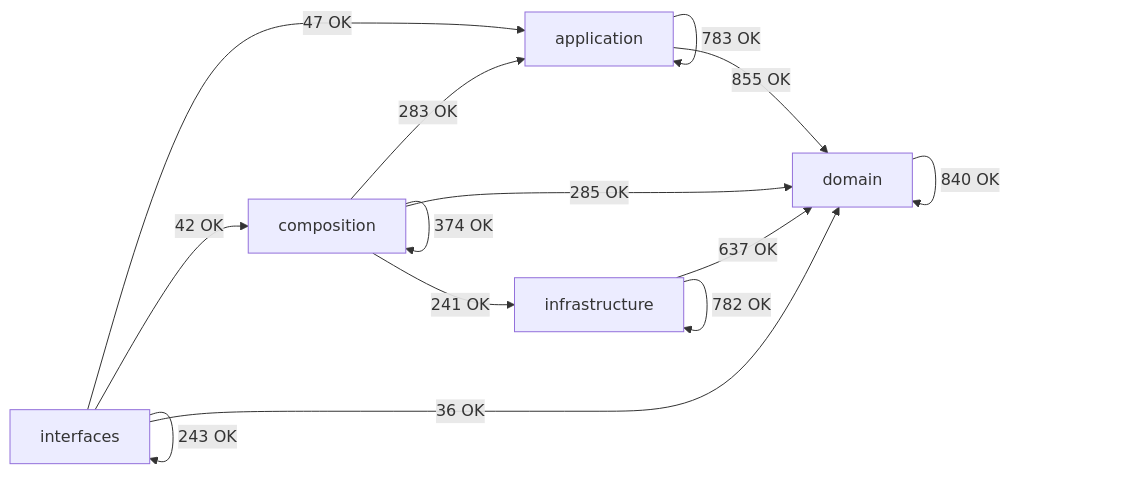
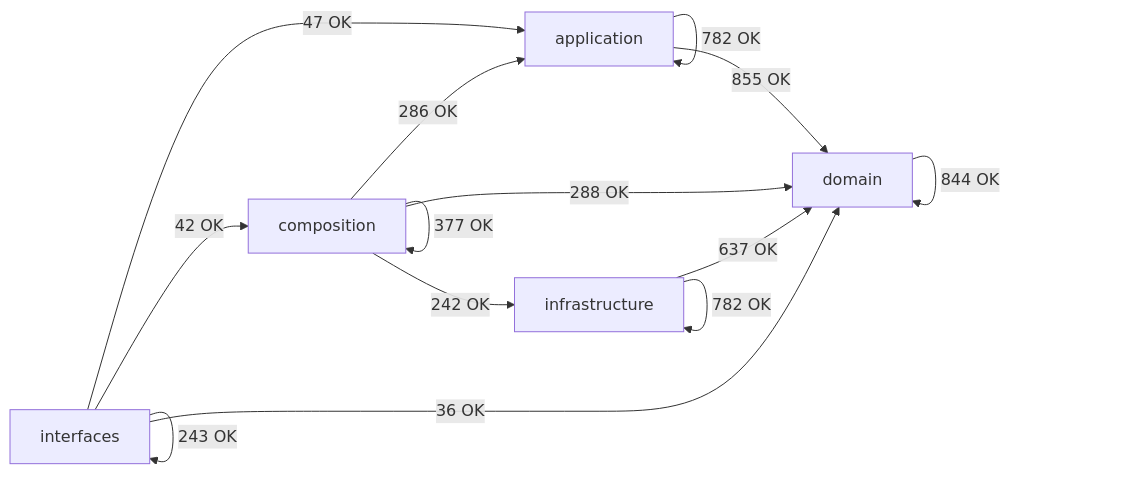
The diagram in docs/02-architecture/generated/module-dependency-map.md (SatoryKono/BioactivityDataAcquisition), drawn with Mermaid before and after one commit. The commit also changed other lines of this file and 26 other files, not shown here.

````diff
--- a/docs/02-architecture/generated/module-dependency-map.md
+++ b/docs/02-architecture/generated/module-dependency-map.md
@@ -26,21 +26,21 @@
 ```mermaid
 flowchart LR
     domain[domain]
     application[application]
     infrastructure[infrastructure]
     composition[composition]
     interfaces[interfaces]
-    application -->|783 OK| application
+    application -->|782 OK| application
     application -->|855 OK| domain
-    composition -->|283 OK| application
-    composition -->|374 OK| composition
-    composition -->|285 OK| domain
-    composition -->|241 OK| infrastructure
-    domain -->|840 OK| domain
+    composition -->|286 OK| application
+    composition -->|377 OK| composition
+    composition -->|288 OK| domain
+    composition -->|242 OK| infrastructure
+    domain -->|844 OK| domain
     infrastructure -->|637 OK| domain
     infrastructure -->|782 OK| infrastructure
     interfaces -->|47 OK| application
     interfaces -->|42 OK| composition
     interfaces -->|36 OK| domain
     interfaces -->|243 OK| interfaces
 ```
````
